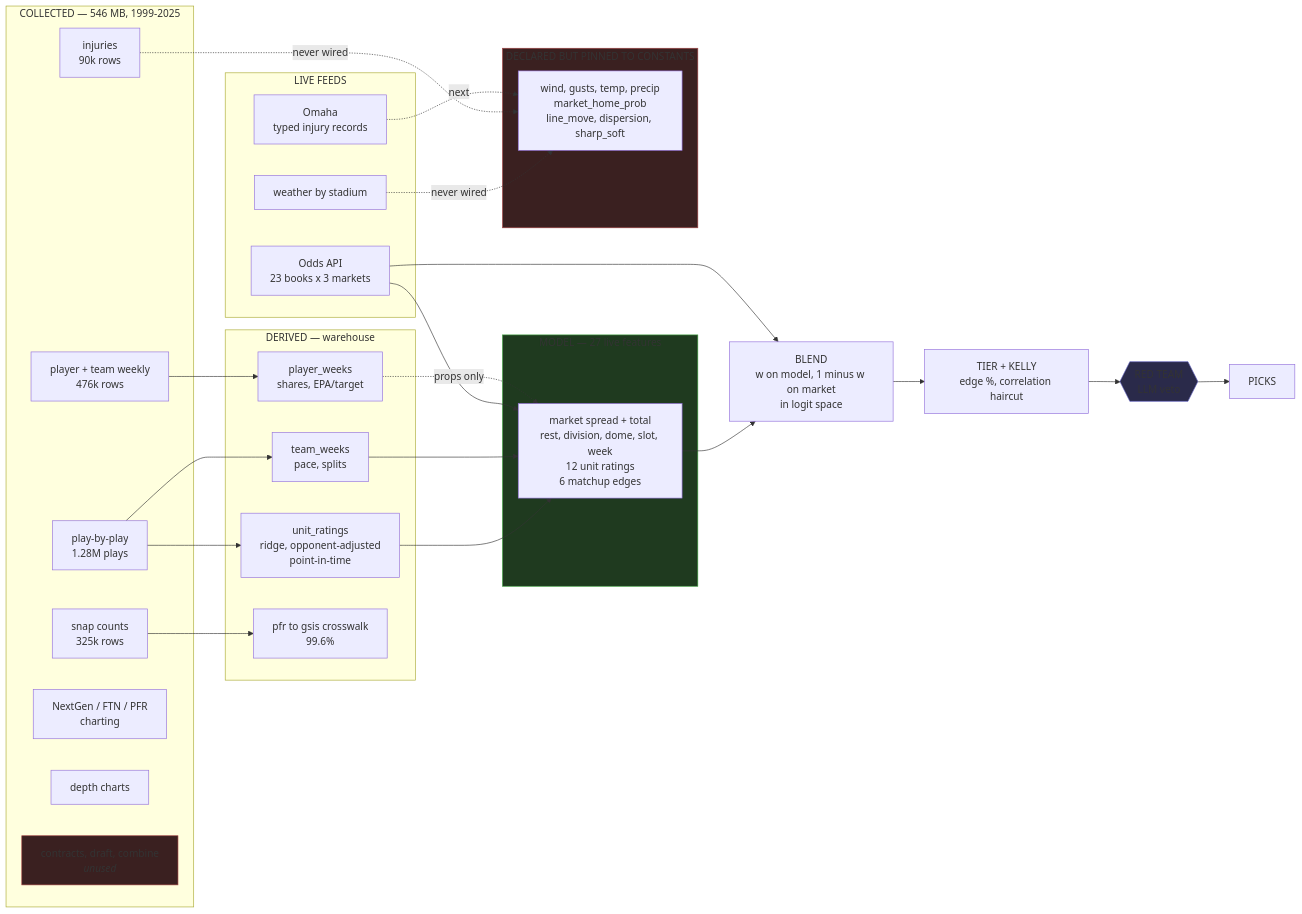
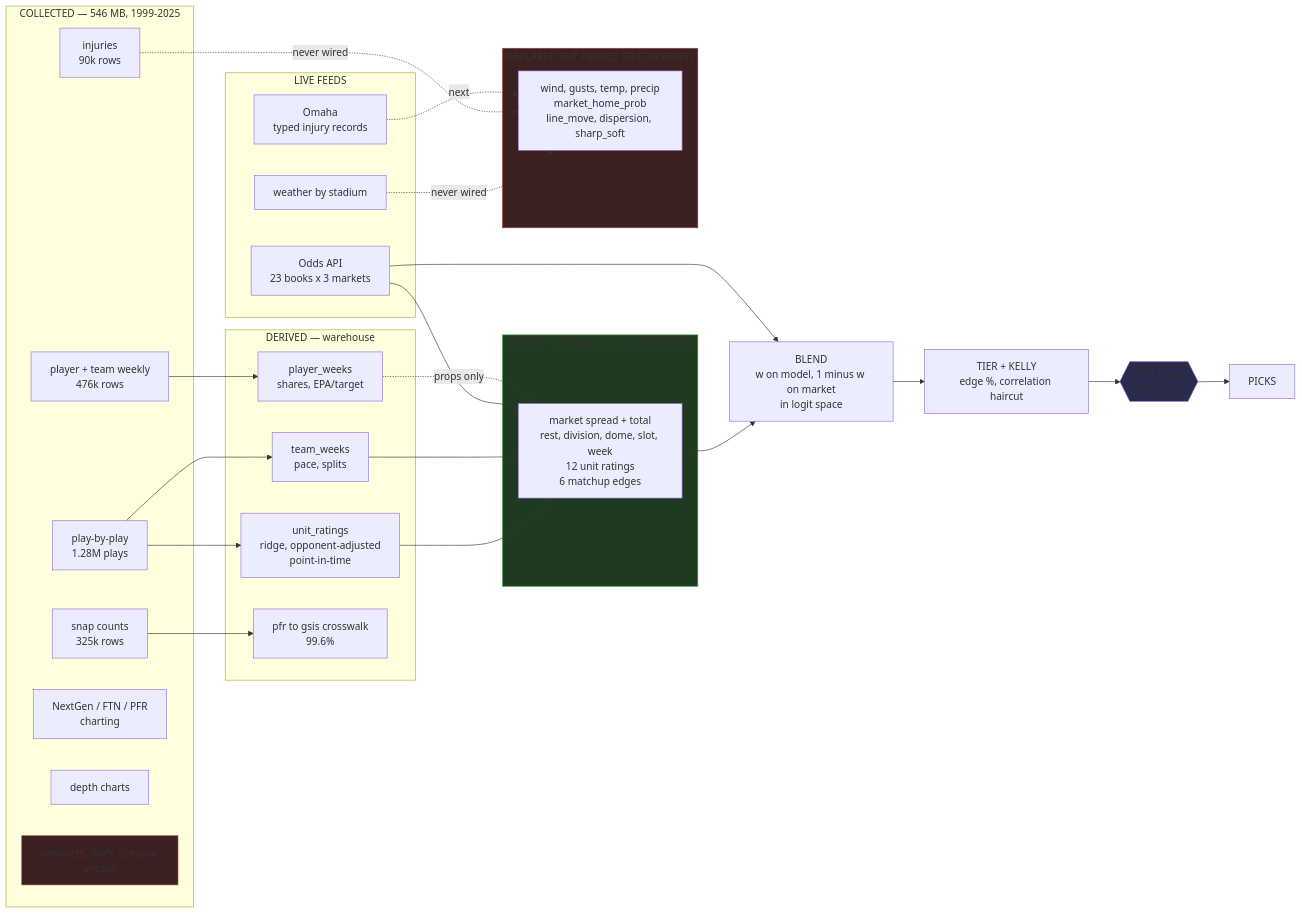
One commit to esusslin/the-algo changed the second of 3 diagrams in README.md. Above: the diagram before and after it, drawn with Mermaid. The commit also changed other lines of this file, not shown here.

Commit message:
fix mermaid parse error; correct two stale claims the render exposed

````diff
--- a/README.md
+++ b/README.md
@@ -28,56 +69,56 @@
 ```mermaid
 flowchart LR
     subgraph collected["COLLECTED — 546 MB, 1999-2025"]
         pbp["play-by-play<br/>1.28M plays"]
         stats["player + team weekly<br/>476k rows"]
         snaps["snap counts<br/>325k rows"]
         inj["injuries<br/>90k rows"]
         ngs["NextGen / FTN / PFR<br/>charting"]
         depth["depth charts"]
         dead["contracts, draft, combine<br/><i>unused</i>"]
     end
 
     subgraph derived["DERIVED — warehouse"]
         ratings["unit_ratings<br/>ridge, opponent-adjusted<br/>point-in-time"]
         pw["player_weeks<br/>shares, EPA/target"]
         tw["team_weeks<br/>pace, splits"]
         xwalk["pfr to gsis crosswalk<br/>99.6%"]
     end
 
     subgraph live["LIVE FEEDS"]
         odds["Odds API<br/>23 books x 3 markets"]
         wx["weather by stadium"]
         omaha["Omaha<br/>typed injury records"]
     end
 
-    subgraph model["MODEL — 27 live features"]
+    subgraph model["MODEL — 27 features, TRAINING ONLY"]
         feats["market spread + total<br/>rest, division, dome, slot, week<br/>12 unit ratings<br/>6 matchup edges"]
     end
 
     subgraph dormant["DECLARED BUT PINNED TO CONSTANTS"]
         pinned["wind, gusts, temp, precip<br/>market_home_prob<br/>line_move, dispersion, sharp_soft"]
     end
 
     pbp --> ratings
     stats --> pw
     pbp --> tw
     snaps --> xwalk
     ratings --> feats
     tw --> feats
     odds --> feats
     wx -.never wired.-> pinned
     inj -.never wired.-> pinned
     omaha -.next.-> pinned
     pw -.props only.-> feats
 
     feats --> blend
     odds --> blend["BLEND<br/>w on model, 1 minus w on market<br/>in logit space"]
     blend --> tier["TIER + KELLY<br/>edge %, correlation haircut"]
     tier --> agent{{"RED TEAM<br/>LLM veto"}}
     agent --> picks["PICKS"]
 
     style dormant fill:#3a2020,stroke:#a04040
     style dead fill:#3a2020,stroke:#a04040
     style model fill:#1f3a1f,stroke:#40a040
     style agent fill:#2a2a4a,stroke:#6060c0
 ```
````
